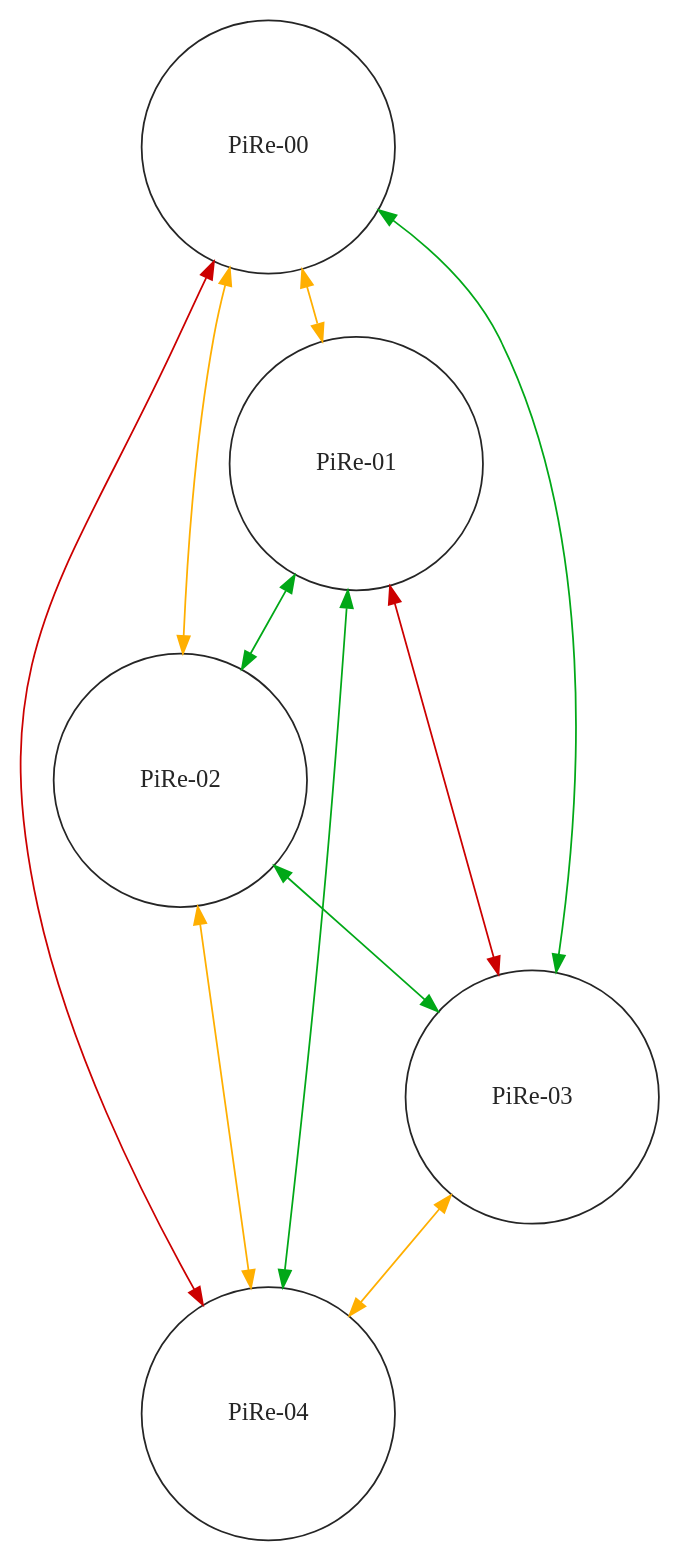
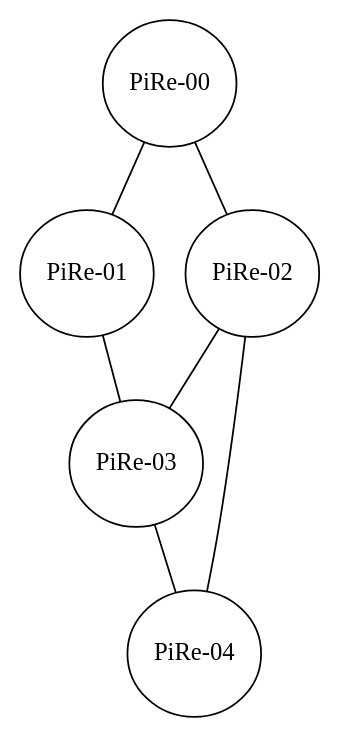
Before and after one commit to canbatuhan/pire-store-graduation: the diagram in pire/configuration/topology/topology.gv, drawn with Graphviz. The commit also changed 11 other files, not shown here.

```diff
--- a/pire/configuration/topology/topology.gv
+++ b/pire/configuration/topology/topology.gv
@@ -1,20 +1,16 @@
 digraph G {
     /* 1 NODES */
-    "PiRe-00" [height=2 width=2 color="#252525" fontcolor="#252525"]
-    "PiRe-01" [height=2 width=2 color="#252525" fontcolor="#252525"]
-    "PiRe-02" [height=2 width=2 color="#252525" fontcolor="#252525"]
-    "PiRe-03" [height=2 width=2 color="#252525" fontcolor="#252525"]
-    "PiRe-04" [height=2 width=2 color="#252525" fontcolor="#252525"]
+    "PiRe-00" [height=1 width=1]
+    "PiRe-01" [height=1 width=1]
+    "PiRe-02" [height=1 width=1]
+    "PiRe-03" [height=1 width=1]
+    "PiRe-04" [height=1 width=1]
 
     /* 2 CONNECTIONS */
-    "PiRe-00" -> "PiRe-01" [dir="both" color="#ffaf01"]
-    "PiRe-00" -> "PiRe-02" [dir="both" color="#ffaf01"]
-    "PiRe-00" -> "PiRe-03" [dir="both" color="#01a817"]
-    "PiRe-00" -> "PiRe-04" [dir="both" color="#cc0000"]
-    "PiRe-01" -> "PiRe-02" [dir="both" color="#01a817"]
-    "PiRe-01" -> "PiRe-03" [dir="both" color="#cc0000"]
-    "PiRe-01" -> "PiRe-04" [dir="both" color="#01a817"]
-    "PiRe-02" -> "PiRe-03" [dir="both" color="#01a817"]
-    "PiRe-02" -> "PiRe-04" [dir="both" color="#ffaf01"]
-    "PiRe-03" -> "PiRe-04" [dir="both" color="#ffaf01"]
+    "PiRe-00" -> "PiRe-01" [arrowhead="both"]
+    "PiRe-00" -> "PiRe-02" [arrowhead="both"]
+    "PiRe-01" -> "PiRe-03" [arrowhead="both"]
+    "PiRe-02" -> "PiRe-03" [arrowhead="both"]
+    "PiRe-02" -> "PiRe-04" [arrowhead="both"]
+    "PiRe-03" -> "PiRe-04" [arrowhead="both"]
 } 
```
